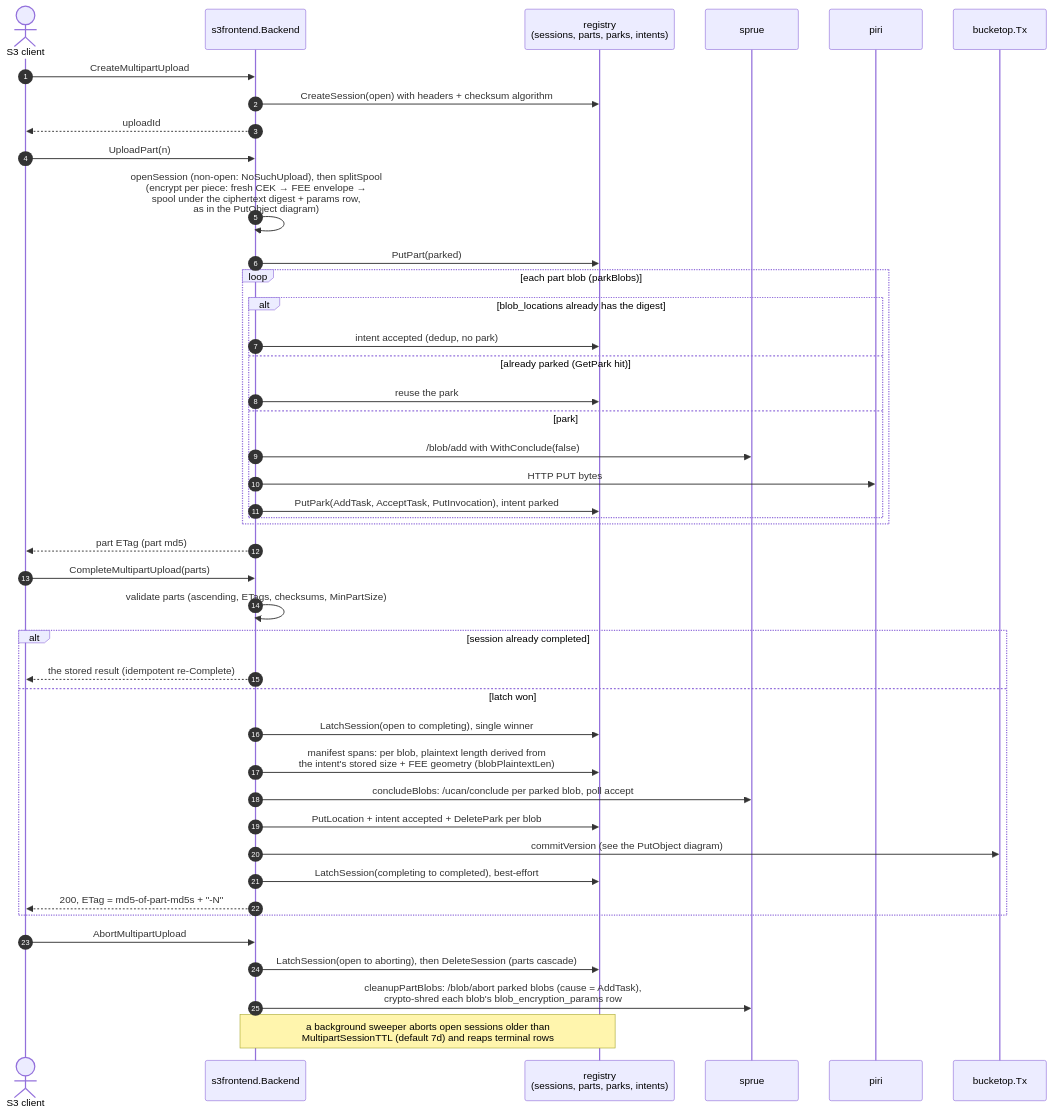
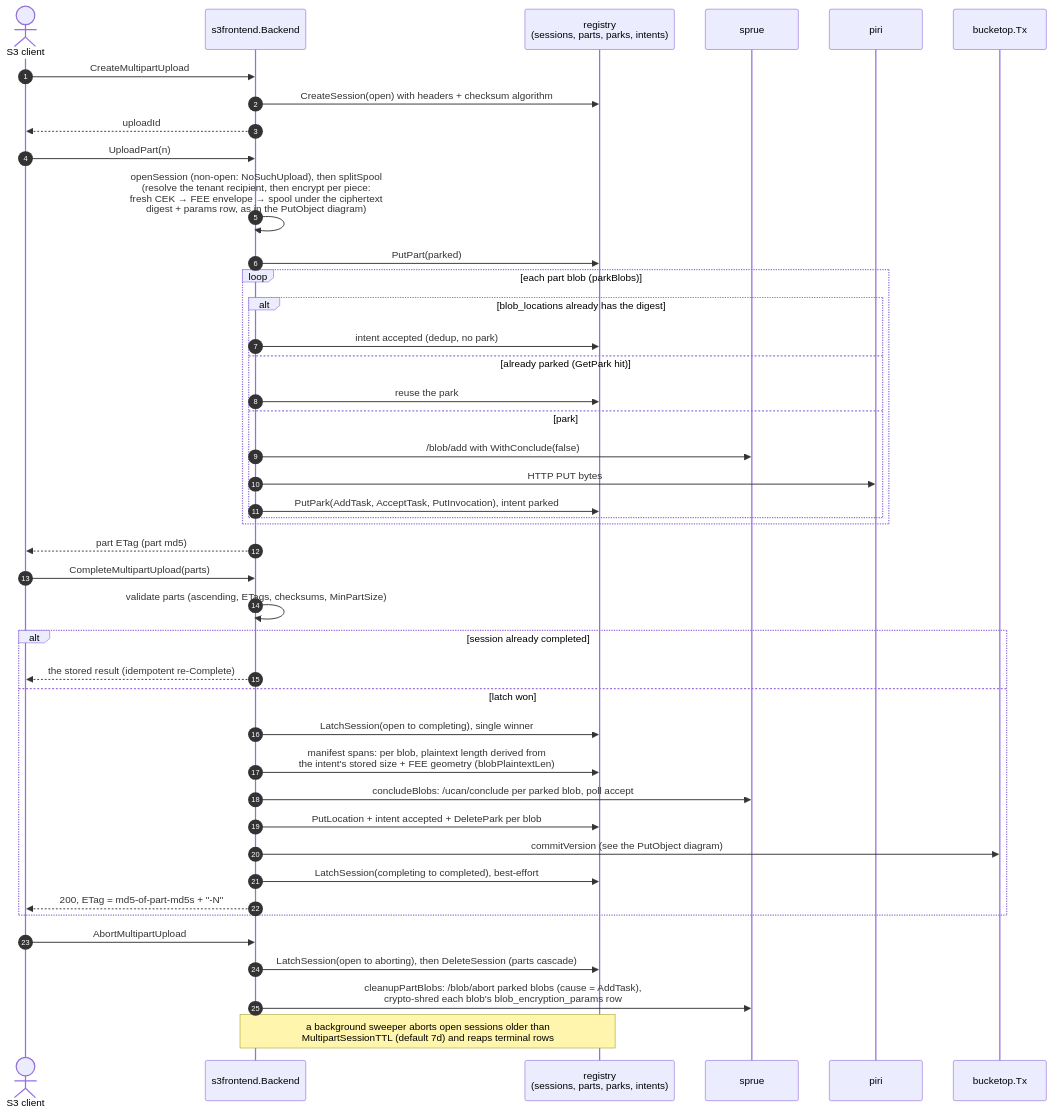
One commit to fil-forge/ingot changed the sixth of 14 diagrams in docs/diagrams.md. Above: the diagram before and after it, drawn with Mermaid. The commit also changed other lines of this file and 32 other files, not shown here.

Commit message:
feat: add tenant key to encryption envelope (#112)

````diff
--- a/docs/diagrams.md
+++ b/docs/diagrams.md
@@ -396,46 +402,46 @@
 ```mermaid
 sequenceDiagram
     autonumber
     actor C as S3 client
     participant B as s3frontend.Backend
     participant R as registry<br/>(sessions, parts, parks, intents)
     participant U as sprue
     participant P as piri
     participant TX as bucketop.Tx
 
     C->>B: CreateMultipartUpload
     B->>R: CreateSession(open) with headers + checksum algorithm
     B-->>C: uploadId
     C->>B: UploadPart(n)
-    B->>B: openSession (non-open: NoSuchUpload), then splitSpool<br/>(encrypt per piece: fresh CEK → FEE envelope →<br/>spool under the ciphertext digest + params row,<br/>as in the PutObject diagram)
+    B->>B: openSession (non-open: NoSuchUpload), then splitSpool<br/>(resolve the tenant recipient, then encrypt per piece:<br/>fresh CEK → FEE envelope → spool under the ciphertext<br/>digest + params row, as in the PutObject diagram)
     B->>R: PutPart(parked)
     loop each part blob (parkBlobs)
         alt blob_locations already has the digest
             B->>R: intent accepted (dedup, no park)
         else already parked (GetPark hit)
             B->>R: reuse the park
         else park
             B->>U: /blob/add with WithConclude(false)
             B->>P: HTTP PUT bytes
             B->>R: PutPark(AddTask, AcceptTask, PutInvocation), intent parked
         end
     end
     B-->>C: part ETag (part md5)
     C->>B: CompleteMultipartUpload(parts)
     B->>B: validate parts (ascending, ETags, checksums, MinPartSize)
     alt session already completed
         B-->>C: the stored result (idempotent re-Complete)
     else latch won
         B->>R: LatchSession(open to completing), single winner
         B->>R: manifest spans: per blob, plaintext length derived from<br/>the intent's stored size + FEE geometry (blobPlaintextLen)
         B->>U: concludeBlobs: /ucan/conclude per parked blob, poll accept
         B->>R: PutLocation + intent accepted + DeletePark per blob
         B->>TX: commitVersion (see the PutObject diagram)
         B->>R: LatchSession(completing to completed), best-effort
         B-->>C: 200, ETag = md5-of-part-md5s + "-N"
     end
     C->>B: AbortMultipartUpload
     B->>R: LatchSession(open to aborting), then DeleteSession (parts cascade)
     B->>U: cleanupPartBlobs: /blob/abort parked blobs (cause = AddTask),<br/>crypto-shred each blob's blob_encryption_params row
     Note over B,R: a background sweeper aborts open sessions older than<br/>MultipartSessionTTL (default 7d) and reaps terminal rows
 ```
````
